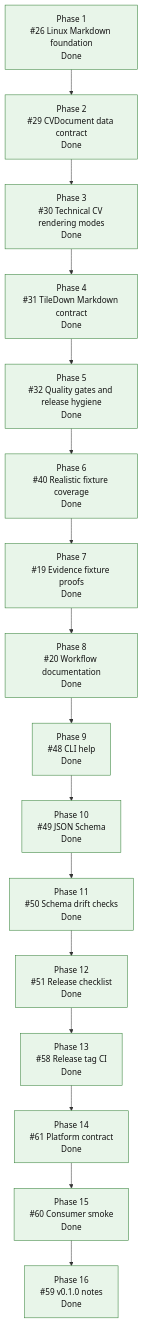
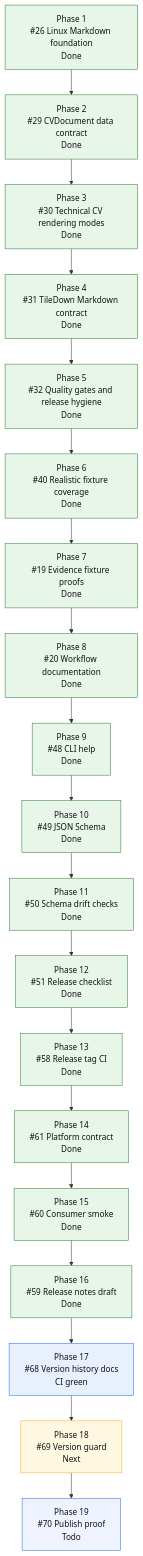
One commit to mihaelamj/cvbuilder changed the diagram in README.md. Above: the diagram before and after it, drawn with Mermaid. The commit also changed other lines of this file and 4 other files, not shown here.

First line of the commit message:
docs(release): reconcile release version history

````diff
--- a/README.md
+++ b/README.md
@@ -167,30 +169,36 @@
 ```mermaid
 flowchart TD
     P1["Phase 1<br/>#26 Linux Markdown foundation<br/>Done"]
     P2["Phase 2<br/>#29 CVDocument data contract<br/>Done"]
     P3["Phase 3<br/>#30 Technical CV rendering modes<br/>Done"]
     P4["Phase 4<br/>#31 TileDown Markdown contract<br/>Done"]
     P5["Phase 5<br/>#32 Quality gates and release hygiene<br/>Done"]
     P6["Phase 6<br/>#40 Realistic fixture coverage<br/>Done"]
     P7["Phase 7<br/>#19 Evidence fixture proofs<br/>Done"]
     P8["Phase 8<br/>#20 Workflow documentation<br/>Done"]
     P9["Phase 9<br/>#48 CLI help<br/>Done"]
     P10["Phase 10<br/>#49 JSON Schema<br/>Done"]
     P11["Phase 11<br/>#50 Schema drift checks<br/>Done"]
     P12["Phase 12<br/>#51 Release checklist<br/>Done"]
     P13["Phase 13<br/>#58 Release tag CI<br/>Done"]
     P14["Phase 14<br/>#61 Platform contract<br/>Done"]
     P15["Phase 15<br/>#60 Consumer smoke<br/>Done"]
-    P16["Phase 16<br/>#59 v0.1.0 notes<br/>Done"]
+    P16["Phase 16<br/>#59 Release notes draft<br/>Done"]
+    P17["Phase 17<br/>#68 Version history docs<br/>CI green"]
+    P18["Phase 18<br/>#69 Version guard<br/>Next"]
+    P19["Phase 19<br/>#70 Publish proof<br/>Todo"]
 
-    P1 --> P2 --> P3 --> P4 --> P5 --> P6 --> P7 --> P8 --> P9 --> P10 --> P11 --> P12 --> P13 --> P14 --> P15 --> P16
+    P1 --> P2 --> P3 --> P4 --> P5 --> P6 --> P7 --> P8 --> P9 --> P10 --> P11 --> P12 --> P13 --> P14 --> P15 --> P16 --> P17 --> P18 --> P19
 
     classDef done fill:#e8f5e9,stroke:#2e7d32,color:#111;
     classDef active fill:#fff3e0,stroke:#ef6c00,color:#111;
     classDef review fill:#e8f0fe,stroke:#1a73e8,color:#111;
     classDef next fill:#fff8e1,stroke:#f9a825,color:#111;
     classDef partial fill:#e0f7fa,stroke:#00838f,color:#111;
     classDef todo fill:#eef3ff,stroke:#3367d6,color:#111;
     class P1,P2,P3,P4 done;
     class P5,P6,P7,P8,P9,P10,P11,P12,P13,P14,P15,P16 done;
+    class P17 review;
+    class P18 next;
+    class P19 todo;
 ```
````
